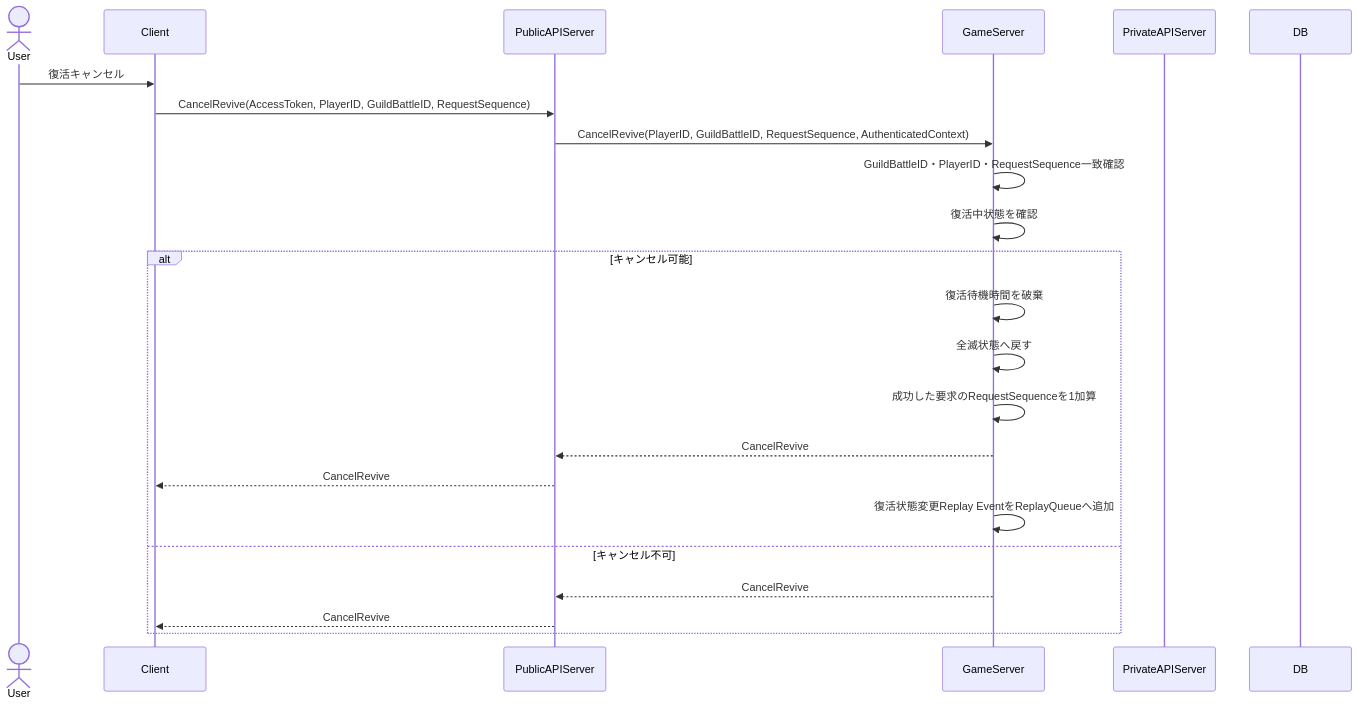
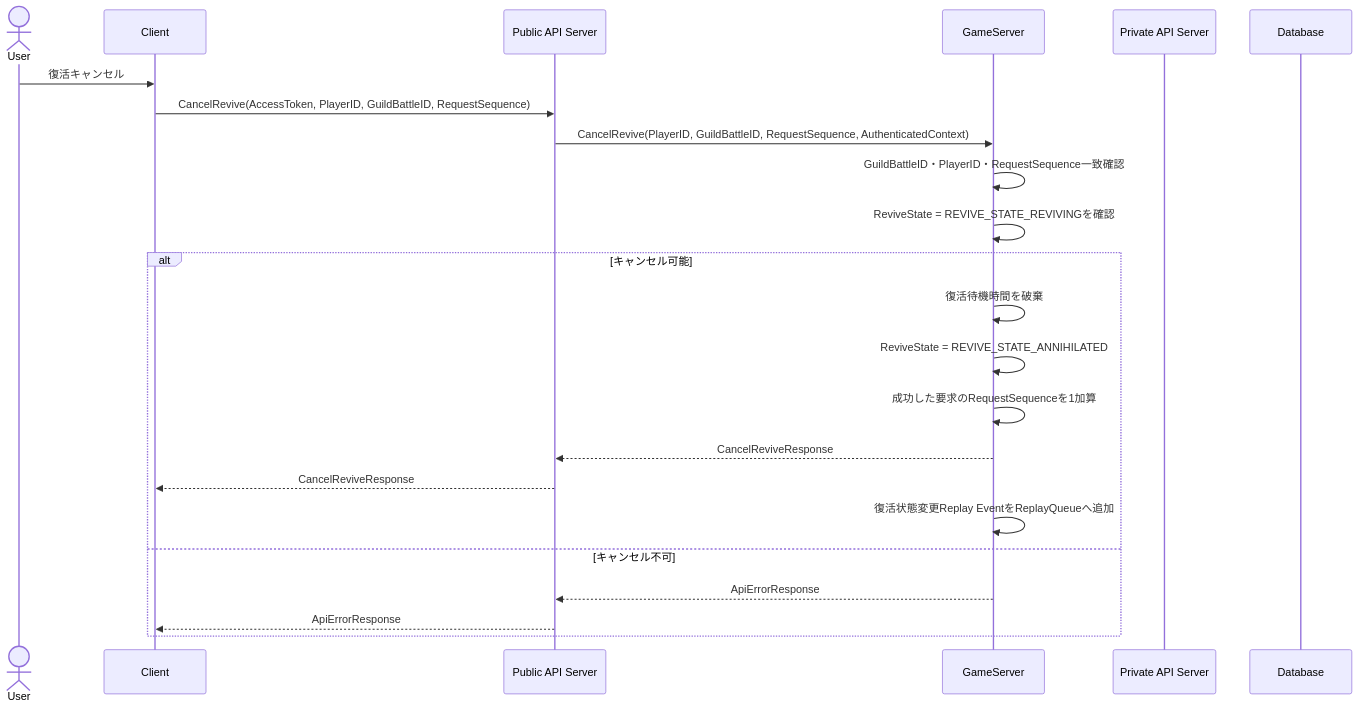
Before and after one commit to ReHydrangeaOdyssey/Specifications: diagram 11 of 13 in design/server/guild_battle.md, drawn with Mermaid. The commit also changed other lines of this file and 12 other files, not shown here.

Commit message:
図などの名称の統一

````diff
--- a/design/server/guild_battle.md
+++ b/design/server/guild_battle.md
@@ -549,29 +549,29 @@
 ```mermaid
 sequenceDiagram
     actor User
     participant Client
-    participant PublicAPIServer
+    participant PublicAPIServer as Public API Server
     participant GameServer
-    participant PrivateAPIServer
-    participant DB
+    participant PrivateAPIServer as Private API Server
+    participant Database
 
     User->>Client: 復活キャンセル
     Client->>PublicAPIServer: CancelRevive(AccessToken, PlayerID, GuildBattleID, RequestSequence)
     PublicAPIServer->>GameServer: CancelRevive(PlayerID, GuildBattleID, RequestSequence, AuthenticatedContext)
 
     GameServer->>GameServer: GuildBattleID・PlayerID・RequestSequence一致確認
-    GameServer->>GameServer: 復活中状態を確認
+    GameServer->>GameServer: ReviveState = REVIVE_STATE_REVIVINGを確認
 
     alt キャンセル可能
         GameServer->>GameServer: 復活待機時間を破棄
-        GameServer->>GameServer: 全滅状態へ戻す
+        GameServer->>GameServer: ReviveState = REVIVE_STATE_ANNIHILATED
         GameServer->>GameServer: 成功した要求のRequestSequenceを1加算
-        GameServer-->>PublicAPIServer: CancelRevive
-        PublicAPIServer-->>Client: CancelRevive
+        GameServer-->>PublicAPIServer: CancelReviveResponse
+        PublicAPIServer-->>Client: CancelReviveResponse
 
         GameServer ->> GameServer: 復活状態変更Replay EventをReplayQueueへ追加
     else キャンセル不可
-        GameServer-->>PublicAPIServer: CancelRevive
-        PublicAPIServer-->>Client: CancelRevive
+        GameServer-->>PublicAPIServer: ApiErrorResponse
+        PublicAPIServer-->>Client: ApiErrorResponse
     end
 ```
````
